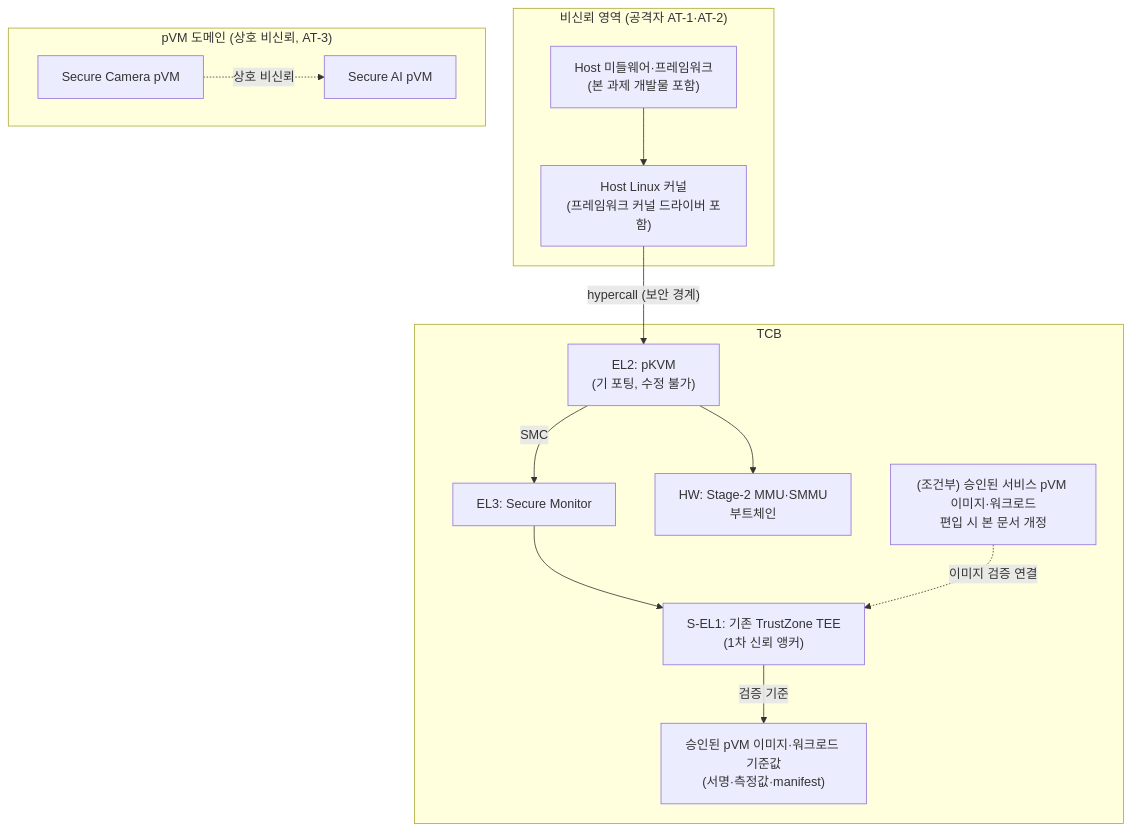
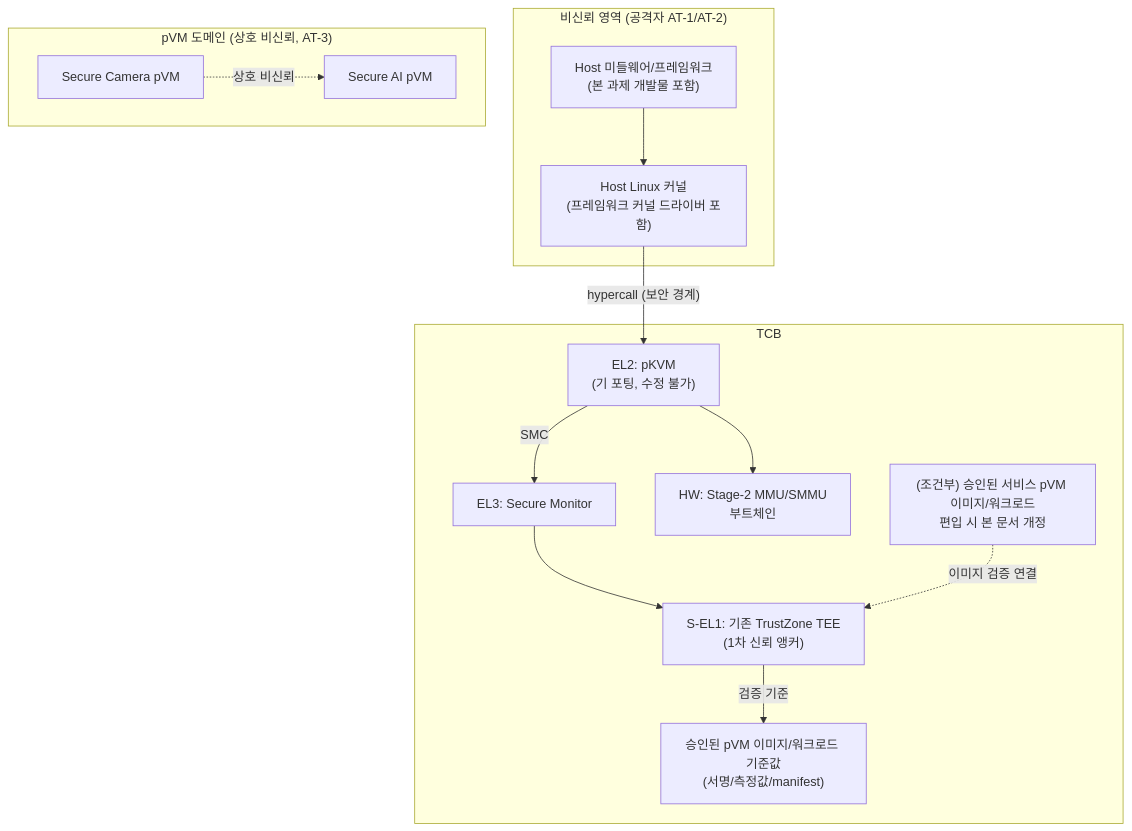
Before and after one commit to boram1288/test-p: the diagram in docs/DP/DP-C-01.md, drawn with Mermaid. The commit also changed other lines of this file and 29 other files, not shown here.

````diff
--- a/docs/DP/DP-C-01.md
+++ b/docs/DP/DP-C-01.md
@@ -201,28 +201,28 @@
 ```mermaid
 flowchart TB
-    subgraph untrusted["비신뢰 영역 (공격자 AT-1·AT-2)"]
-        APP["Host 미들웨어·프레임워크<br/>(본 과제 개발물 포함)"]
+    subgraph untrusted["비신뢰 영역 (공격자 AT-1/AT-2)"]
+        APP["Host 미들웨어/프레임워크<br/>(본 과제 개발물 포함)"]
         KERN["Host Linux 커널<br/>(프레임워크 커널 드라이버 포함)"]
     end
     subgraph pvms["pVM 도메인 (상호 비신뢰, AT-3)"]
         CAM["Secure Camera pVM"]
         AI["Secure AI pVM"]
     end
     subgraph tcb["TCB"]
         EL2["EL2: pKVM<br/>(기 포팅, 수정 불가)"]
         EL3["EL3: Secure Monitor"]
         TEE["S-EL1: 기존 TrustZone TEE<br/>(1차 신뢰 앵커)"]
-        BASE["승인된 pVM 이미지·워크로드 기준값<br/>(서명·측정값·manifest)"]
-        HW["HW: Stage-2 MMU·SMMU<br/>부트체인"]
-        SVC["(조건부) 승인된 서비스 pVM 이미지·워크로드<br/>편입 시 본 문서 개정"]
+        BASE["승인된 pVM 이미지/워크로드 기준값<br/>(서명/측정값/manifest)"]
+        HW["HW: Stage-2 MMU/SMMU<br/>부트체인"]
+        SVC["(조건부) 승인된 서비스 pVM 이미지/워크로드<br/>편입 시 본 문서 개정"]
     end
 
     APP --> KERN
     KERN -->|"hypercall (보안 경계)"| EL2
     CAM -.->|"상호 비신뢰"| AI
     EL2 --> HW
     EL2 -->|"SMC"| EL3
     EL3 --> TEE
     TEE -->|"검증 기준"| BASE
     SVC -.->|"이미지 검증 연결"| TEE
 ```
````
